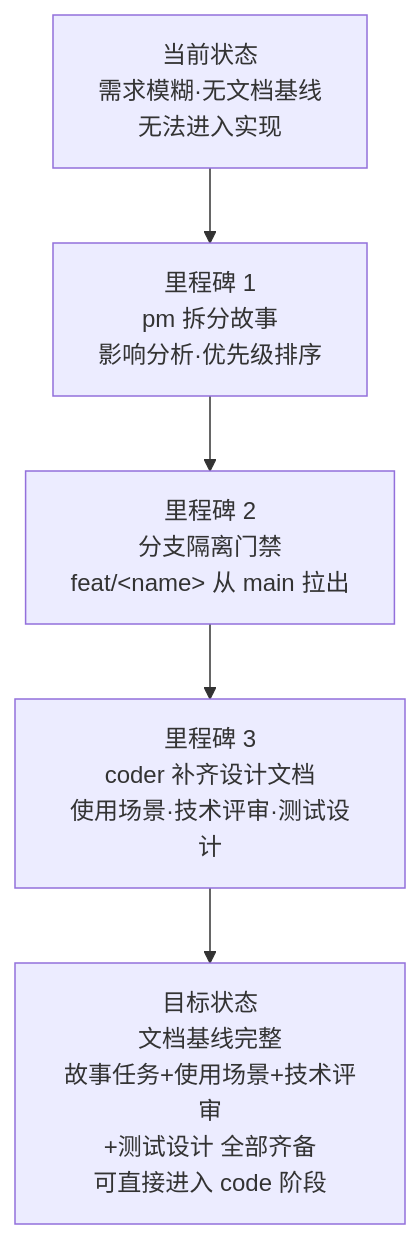
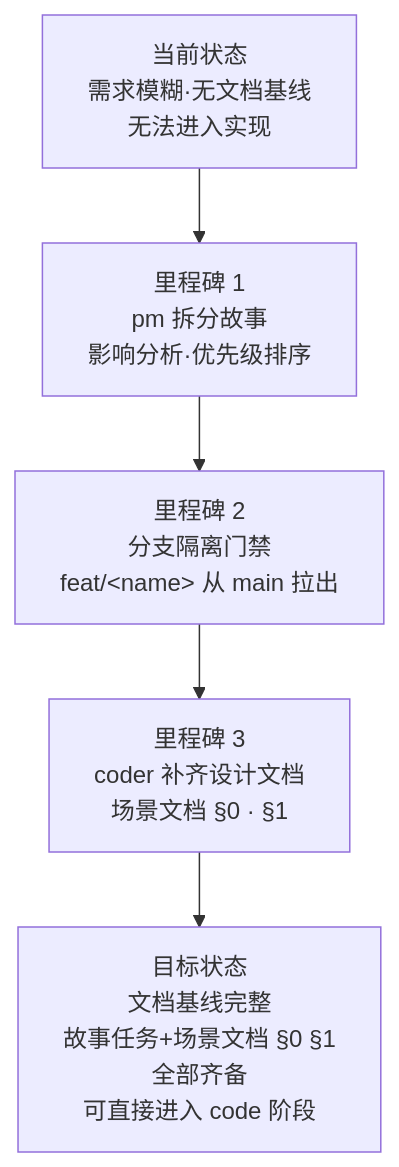
Before and after one commit to effiy/YrY: the fifth of 14 diagrams in skills/rui/SKILL.md, drawn with Mermaid. The commit also changed other lines of this file and 28 other files, not shown here.

````diff
--- a/skills/rui/SKILL.md
+++ b/skills/rui/SKILL.md
@@ -262,9 +256,9 @@
 ```mermaid
 flowchart TD
     NOW["当前状态<br/>需求模糊·无文档基线<br/>无法进入实现"]:::pain
     NOW --> M1["里程碑 1<br/>pm 拆分故事<br/>影响分析·优先级排序"]:::milestone
     M1 --> M2["里程碑 2<br/>分支隔离门禁<br/>feat/&lt;name&gt; 从 main 拉出"]:::milestone
-    M2 --> M3["里程碑 3<br/>coder 补齐设计文档<br/>使用场景·技术评审·测试设计"]:::milestone
-    M3 --> GOAL["目标状态<br/>文档基线完整<br/>故事任务+使用场景+技术评审<br/>+测试设计 全部齐备<br/>可直接进入 code 阶段"]:::goal
+    M2 --> M3["里程碑 3<br/>coder 补齐设计文档<br/>场景文档 §0 · §1"]:::milestone
+    M3 --> GOAL["目标状态<br/>文档基线完整<br/>故事任务+场景文档 §0 §1<br/>全部齐备<br/>可直接进入 code 阶段"]:::goal
 
 ```
````
